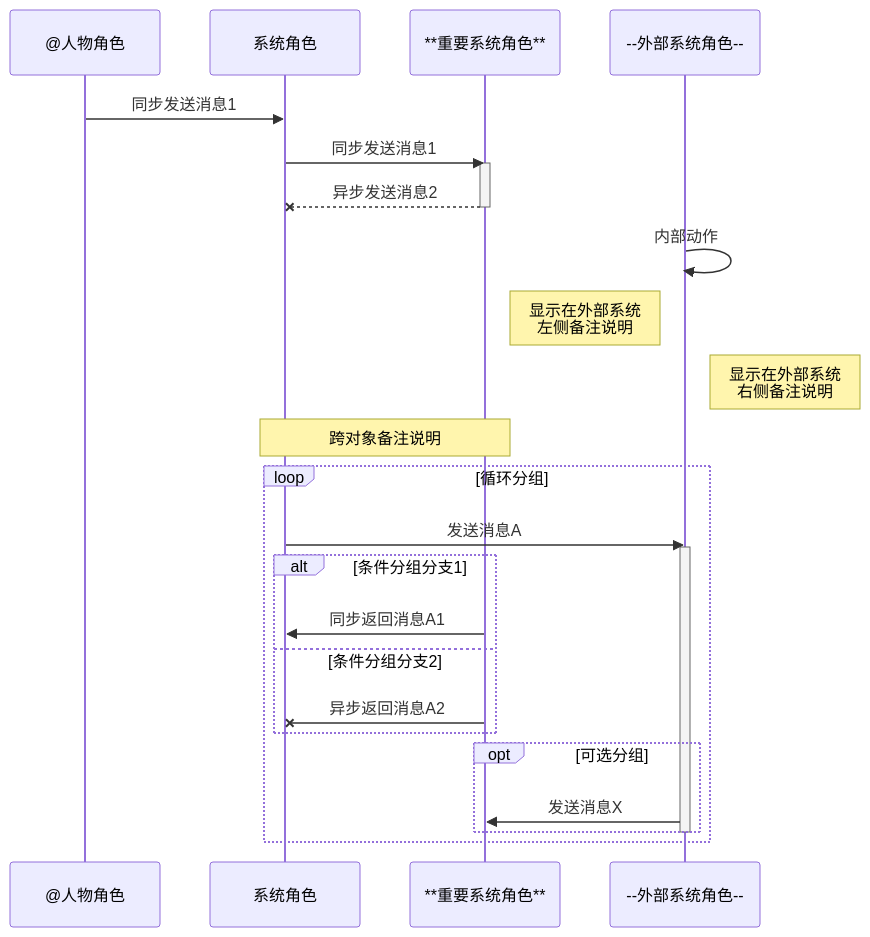
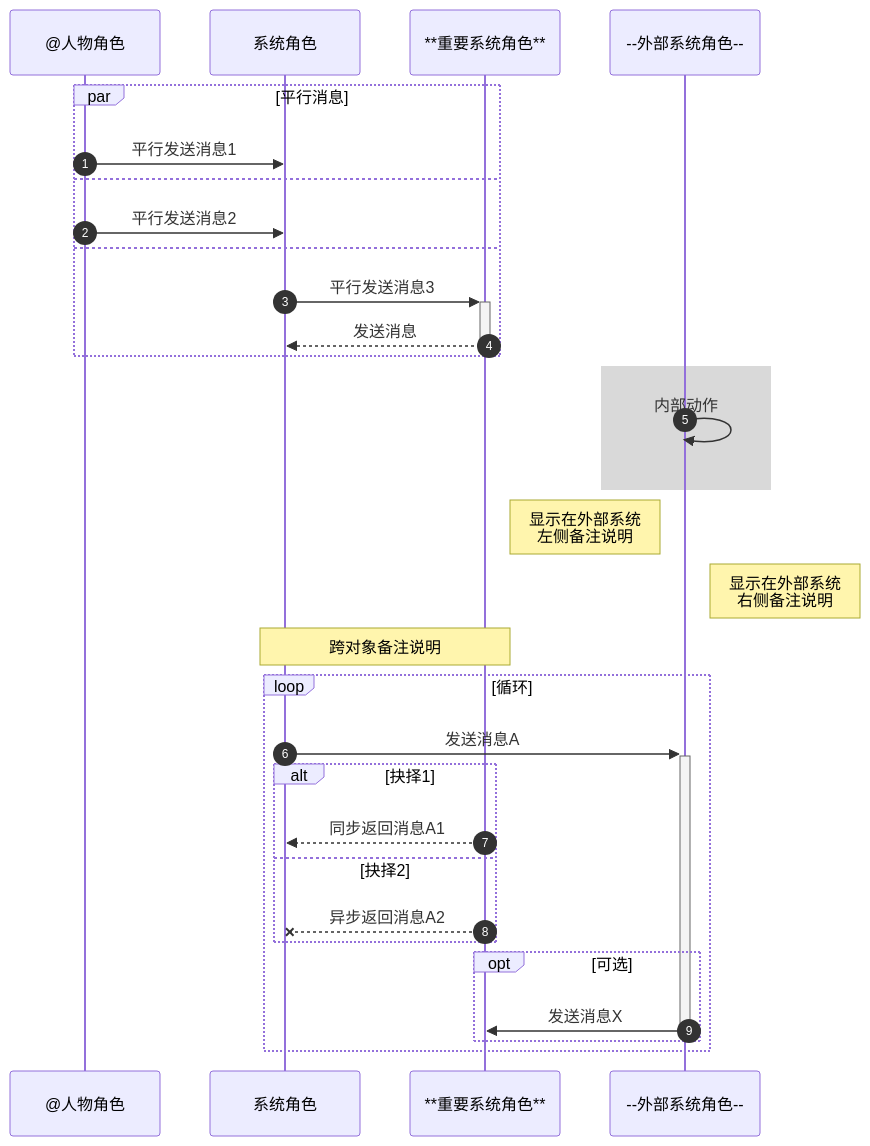
The fourth of 4 diagrams in released/demo/VLOOK 快速参考手册.md (MadMaxChow/VLOOK), drawn with Mermaid before and after one commit. The commit also changed other lines of this file and 47 other files, not shown here.

````diff
--- a/released/demo/VLOOK 快速参考手册.md
+++ b/released/demo/VLOOK 快速参考手册.md
@@ -427,30 +472,39 @@
 ```mermaid
 sequenceDiagram
+%% 设置显示消息的自动编号
+autonumber
+
 participant User as @人物角色
 participant Client as 系统角色
 participant Server as **重要系统角色**
 participant Extend as --外部系统角色--
 
-User ->> Client: 同步发送消息1
-Client ->> Server: 同步发送消息1
-activate Server
-Server --X Client: 异步发送消息2
-deactivate Server
-Extend ->> Extend: 内部动作
+par 平行消息
+	User ->> Client: 平行发送消息1
+and
+	User ->> Client: 平行发送消息2
+and
+  Client ->>+ Server: 平行发送消息3
+  Server -->>- Client: 发送消息
+end
+
+%% 设置区域高亮
+rect rgba(128, 128, 128, 0.3)
+	Extend ->> Extend: 内部动作
+end
+
 Note left of Extend: 显示在外部系统<br>左侧备注说明
 Note right of Extend: 显示在外部系统<br>右侧备注说明
 Note over Client,Server: 跨对象备注说明
-loop 循环分组
-	Client ->> Extend: 发送消息A
-	activate Extend
-	alt 条件分组分支1
-		Server ->> Client: 同步返回消息A1
-	else 条件分组分支2
-		Server -X Client: 异步返回消息A2
+loop 循环
+	Client ->>+ Extend: 发送消息A
+	alt 抉择1
+		Server -->> Client: 同步返回消息A1
+	else 抉择2
+		Server --X Client: 异步返回消息A2
 	end
-	opt 可选分组
-		Extend ->> Server: 发送消息X
+	opt 可选
+		Extend ->>- Server: 发送消息X
 	end
-	deactivate Extend
 end
 ```
````
